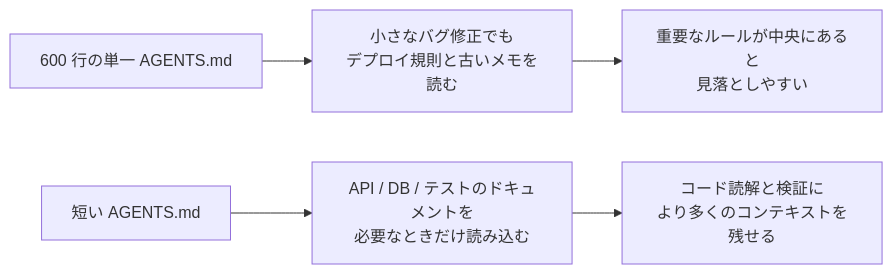
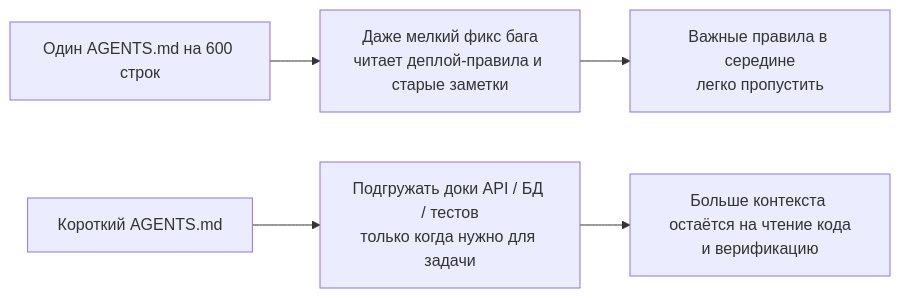
One commit to mkusaka/learn-harness-engineering changed the first of 2 diagrams in docs/ru/lectures/lecture-04-why-one-giant-instruction-file-fails/index.md. Above: the diagram before and after it, drawn with Mermaid. The commit also changed other lines of this file and 684 other files, not shown here.

````diff
--- a/docs/ru/lectures/lecture-04-why-one-giant-instruction-file-fails/index.md
+++ b/docs/ru/lectures/lecture-04-why-one-giant-instruction-file-fails/index.md
@@ -39,8 +39,8 @@
 ```mermaid
 flowchart LR
-    Mono["600 行の単一 AGENTS.md"] --> MonoLoad["小さなバグ修正でも<br/>デプロイ規則と古いメモを読む"]
-    MonoLoad --> MonoRisk["重要なルールが中央にあると<br/>見落としやすい"]
+    Mono["Один AGENTS.md на 600 строк"] --> MonoLoad["Даже мелкий фикс бага<br/>читает деплой-правила и старые заметки"]
+    MonoLoad --> MonoRisk["Важные правила в середине<br/>легко пропустить"]
 
-    Router["短い AGENTS.md"] --> Topics["API / DB / テストのドキュメントを<br/>必要なときだけ読み込む"]
-    Topics --> RoutedResult["コード読解と検証に<br/>より多くのコンテキストを残せる"]
+    Router["Короткий AGENTS.md"] --> Topics["Подгружать доки API / БД / тестов<br/>только когда нужно для задачи"]
+    Topics --> RoutedResult["Больше контекста остаётся на чтение кода<br/>и верификацию"]
 ```
````
